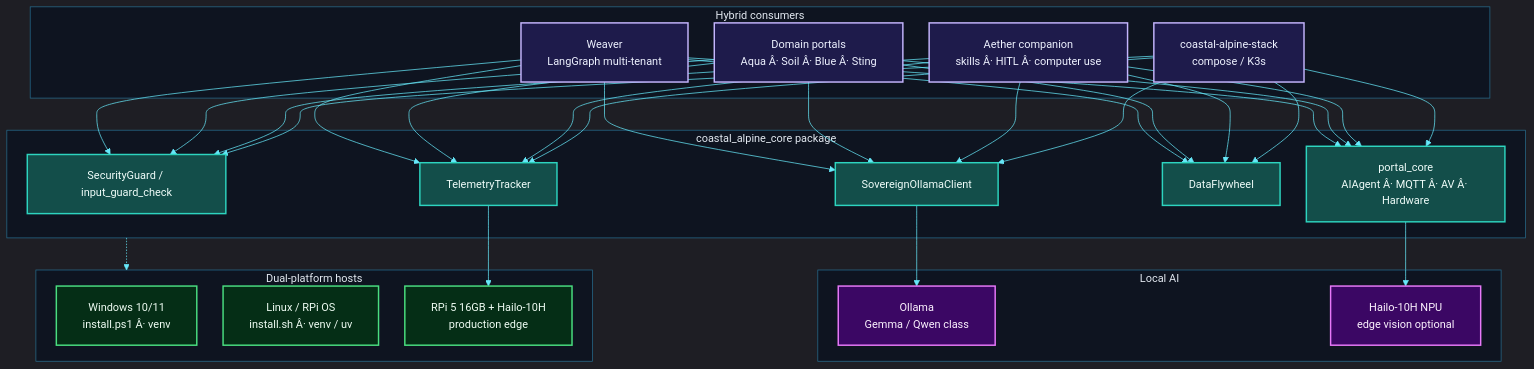
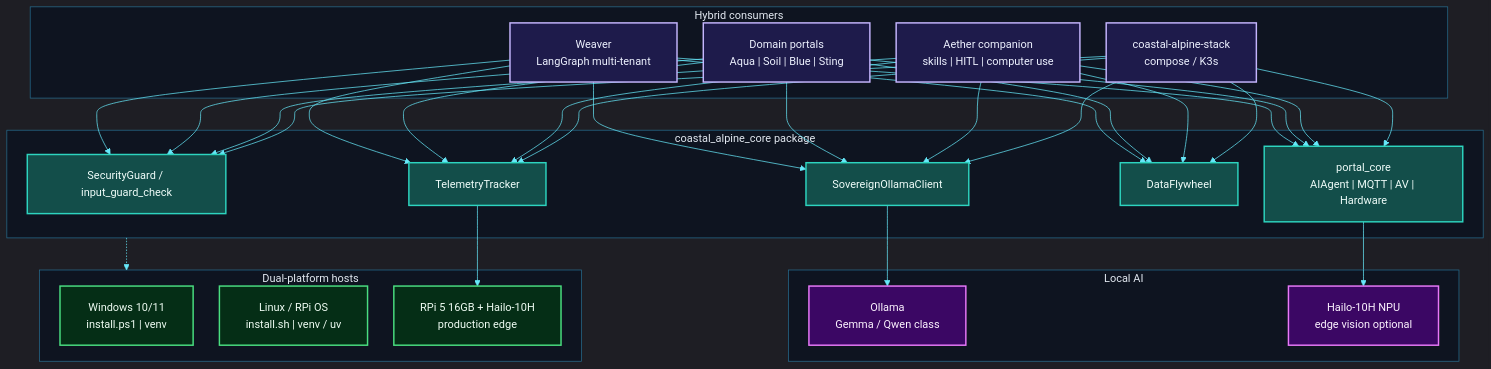
Before and after one commit to fivepanelhat/Coastal-Alpine-Core: the diagram in README.md, drawn with Mermaid. The commit also changed other lines of this file and 9 other files, not shown here.

````diff
--- a/README.md
+++ b/README.md
@@ -63,71 +63,71 @@
 ```mermaid
 %%{init: {
   "theme": "dark",
   "themeVariables": {
     "fontSize": "15px",
     "fontFamily": "Inter, ui-sans-serif, system-ui, sans-serif",
     "primaryColor": "#0ea5e9",
     "primaryTextColor": "#f8fafc",
     "primaryBorderColor": "#38bdf8",
     "lineColor": "#67e8f9",
     "secondaryColor": "#1e293b",
     "tertiaryColor": "#0f172a",
     "clusterBkg": "#0b1220cc",
     "clusterBorder": "#38bdf880",
     "titleColor": "#e2e8f0"
   },
   "flowchart": {
     "nodeSpacing": 36,
     "rankSpacing": 44,
     "padding": 18,
     "htmlLabels": true,
     "curve": "basis",
     "useMaxWidth": true
   }
 }}%%
 flowchart TB
 
     classDef edge fill:#0c4a6e,stroke:#38bdf8,stroke-width:2px,color:#f0f9ff
     classDef core fill:#134e4a,stroke:#2dd4bf,stroke-width:2px,color:#f0fdfa
     classDef ai fill:#3b0764,stroke:#e879f9,stroke-width:2px,color:#fdf4ff
     classDef app fill:#1e1b4b,stroke:#c4b5fd,stroke-width:2px,color:#eef2ff
     classDef host fill:#052e16,stroke:#4ade80,stroke-width:2px,color:#f0fdf4
     classDef orch fill:#312e81,stroke:#a5b4fc,stroke-width:2px,color:#eef2ff
 
     subgraph CONSUMERS["Hybrid consumers"]
         W["Weaver<br/>LangGraph multi-tenant"]
-        P["Domain portals<br/>Aqua Â· Soil Â· Blue Â· Sting"]
-        A["Aether companion<br/>skills Â· HITL Â· computer use"]
+        P["Domain portals<br/>Aqua | Soil | Blue | Sting"]
+        A["Aether companion<br/>skills | HITL | computer use"]
         S["coastal-alpine-stack<br/>compose / K3s"]
     end
 
     subgraph SDK["coastal_alpine_core package"]
         G["SecurityGuard / input_guard_check"]
         T["TelemetryTracker"]
         C["SovereignOllamaClient"]
         FW["DataFlywheel"]
-        PC["portal_core<br/>AIAgent Â· MQTT Â· AV Â· Hardware"]
+        PC["portal_core<br/>AIAgent | MQTT | AV | Hardware"]
     end
 
     subgraph AI["Local AI"]
         O["Ollama<br/>Gemma / Qwen class"]
         HAI["Hailo-10H NPU<br/>edge vision optional"]
     end
 
     subgraph HOSTS["Dual-platform hosts"]
-        WIN["Windows 10/11<br/>install.ps1 Â· venv"]
-        LIN["Linux / RPi OS<br/>install.sh Â· venv / uv"]
+        WIN["Windows 10/11<br/>install.ps1 | venv"]
+        LIN["Linux / RPi OS<br/>install.sh | venv / uv"]
         RPI["RPi 5 16GB + Hailo-10H<br/>production edge"]
     end
 
     W & P & A & S --> G & T & C & FW & PC
     C --> O
     PC --> HAI
     T --> RPI
     SDK -.-> HOSTS
 
     class W,P,A,S app
     class G,T,C,FW,PC core
     class O,HAI ai
     class WIN,LIN,RPI host
 ```
````
